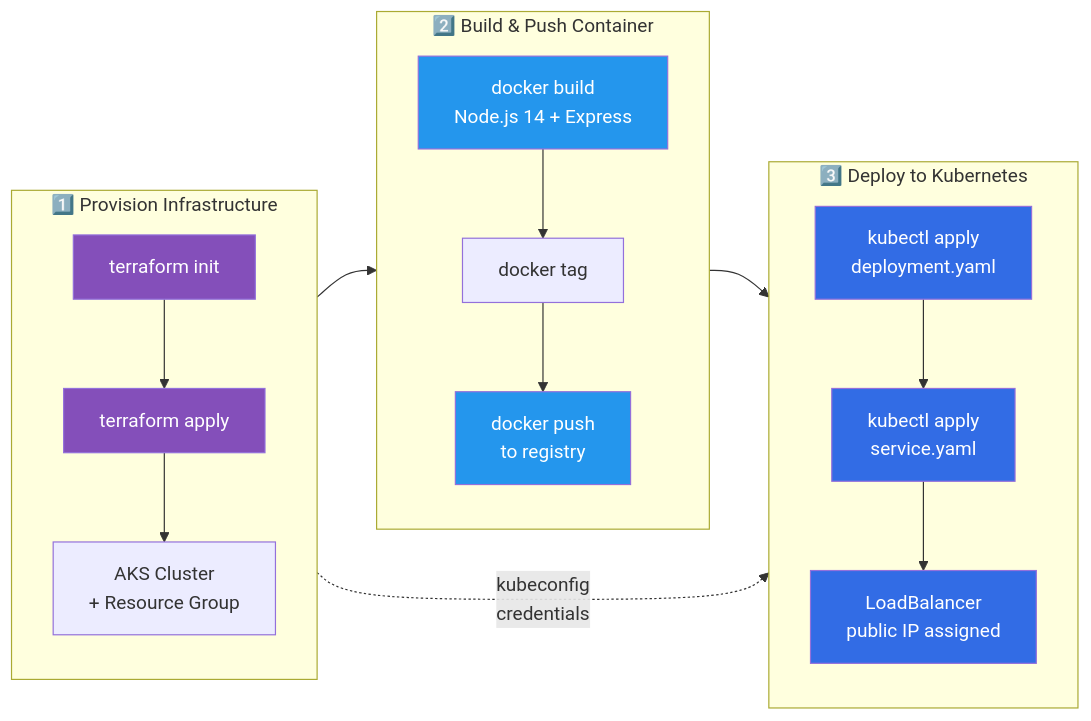
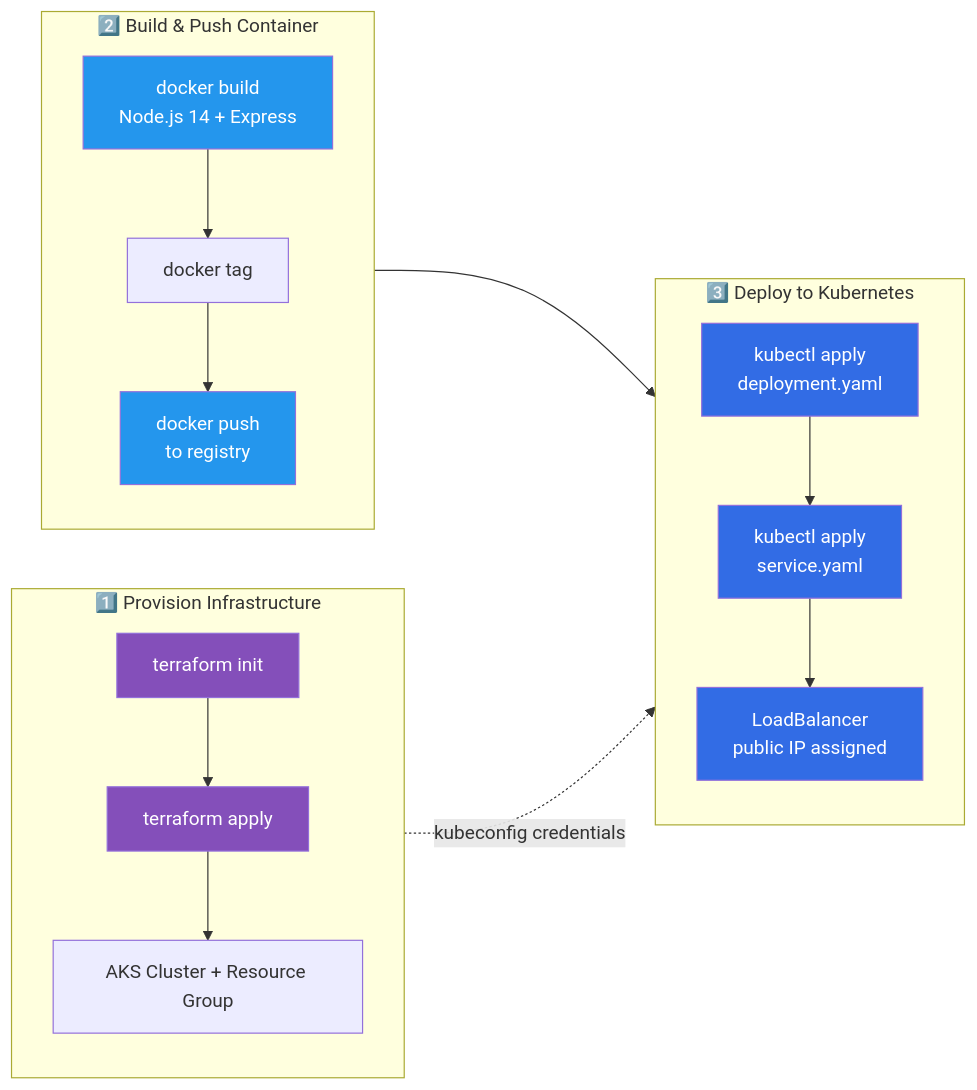
Before and after one commit to tukue/simpleInfraascodeAzure: the second of 3 diagrams in nodejs-aks-project/README.md, drawn with Mermaid. The commit also changed other lines of this file, not shown here.

````diff
--- a/nodejs-aks-project/README.md
+++ b/nodejs-aks-project/README.md
@@ -57,30 +122,29 @@
 ```mermaid
 graph LR
     subgraph "1️⃣ Provision Infrastructure"
         direction TB
         TF1["terraform init"] --> TF2["terraform apply"]
-        TF2 --> AKS["AKS Cluster<br/>+ Resource Group"]
+        TF2 --> AKS["AKS Cluster + Resource Group"]
     end
 
     subgraph "2️⃣ Build & Push Container"
         direction TB
         Build["docker build<br/>Node.js 14 + Express"] --> Tag["docker tag"] --> Push["docker push<br/>to registry"]
     end
 
     subgraph "3️⃣ Deploy to Kubernetes"
         direction TB
         K1["kubectl apply<br/>deployment.yaml"] --> K2["kubectl apply<br/>service.yaml"] --> K3["LoadBalancer<br/>public IP assigned"]
     end
 
-    TF1 --> Build
+    AKS -.->|"kubeconfig credentials"| K1
     Push --> K1
-    AKS -.->|"kubeconfig<br/>credentials"| K1
 
     style TF1 fill:#844FBA,color:#fff
     style TF2 fill:#844FBA,color:#fff
     style Build fill:#2496ED,color:#fff
     style Push fill:#2496ED,color:#fff
     style K1 fill:#326CE5,color:#fff
     style K2 fill:#326CE5,color:#fff
     style K3 fill:#326CE5,color:#fff
 ```
````
